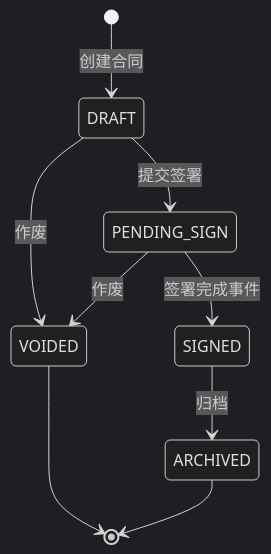
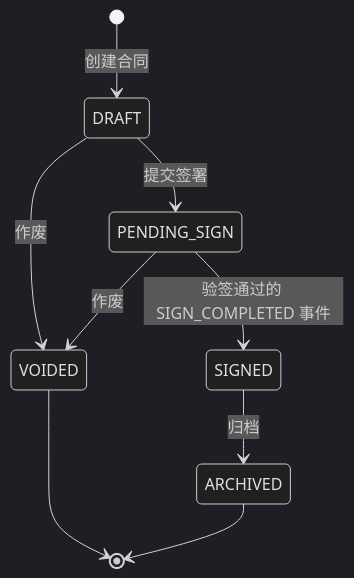
One commit to lophyJessica/forge-crm changed the second of 3 diagrams in prd-docs/合同管理/合同主PRD.md. Above: the diagram before and after it, drawn with Mermaid (dark theme). The commit also changed other lines of this file and 42 other files, not shown here.

````diff
--- a/prd-docs/合同管理/合同主PRD.md
+++ b/prd-docs/合同管理/合同主PRD.md
@@ -220,11 +298,11 @@
 ```mermaid
 stateDiagram-v2
     [*] --> DRAFT : 创建合同
     DRAFT --> PENDING_SIGN : 提交签署
-    PENDING_SIGN --> SIGNED : 签署完成事件
+    PENDING_SIGN --> SIGNED : 验签通过的 SIGN_COMPLETED 事件
     SIGNED --> ARCHIVED : 归档
     DRAFT --> VOIDED : 作废
     PENDING_SIGN --> VOIDED : 作废
     VOIDED --> [*]
     ARCHIVED --> [*]
 ```
````
